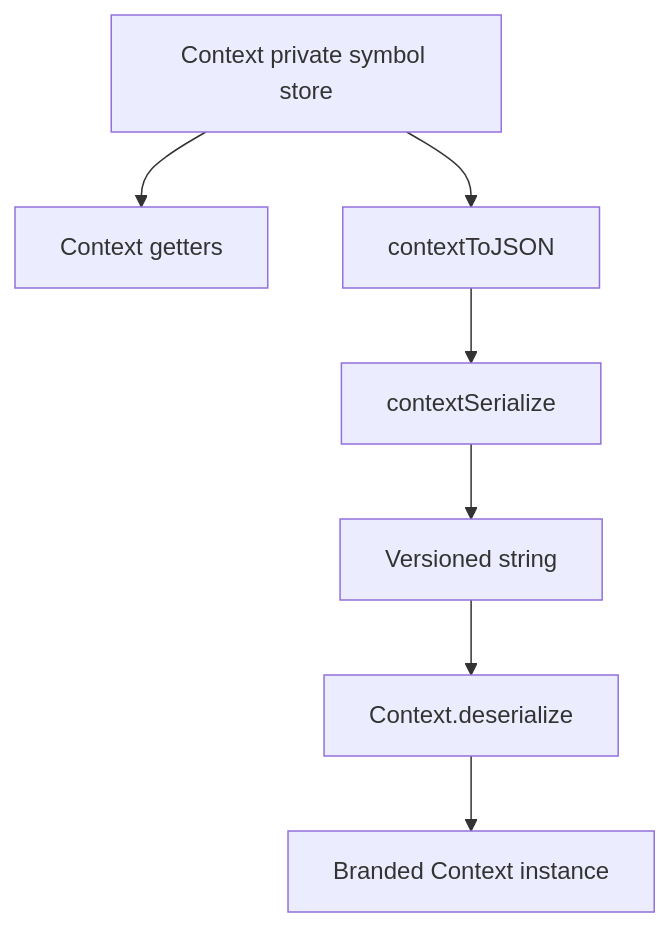
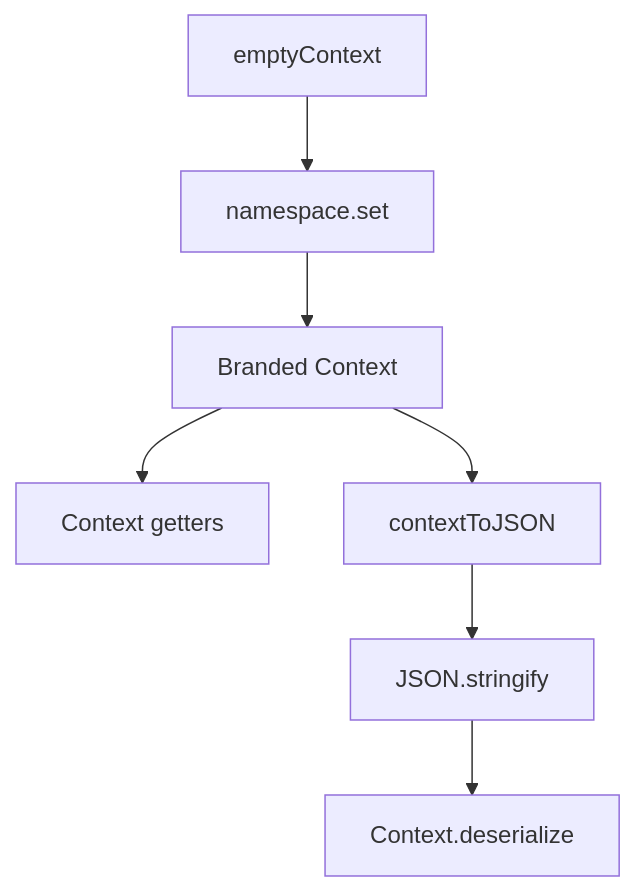
Before and after one commit to ex3ndr/daycare: the diagram in doc/20260318-context-namespaces.md, drawn with Mermaid. The commit also changed other lines of this file and 4 other files, not shown here.

````diff
--- a/doc/20260318-context-namespaces.md
+++ b/doc/20260318-context-namespaces.md
@@ -16,9 +30,9 @@
 ```mermaid
 flowchart TD
-    A[Context private symbol store] --> B[Context getters]
-    A --> C[contextToJSON]
-    C --> D[contextSerialize]
-    D --> E[Versioned string]
-    E --> F[Context.deserialize]
-    F --> G[Branded Context instance]
+    A[emptyContext] --> B[namespace.set]
+    B --> C[Branded Context]
+    C --> D[Context getters]
+    C --> E[contextToJSON]
+    E --> F[JSON.stringify]
+    F --> G[Context.deserialize]
 ```
````
